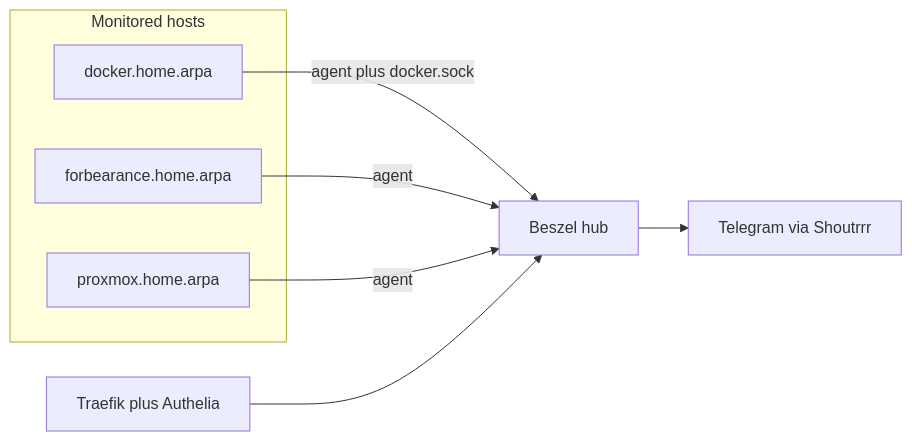
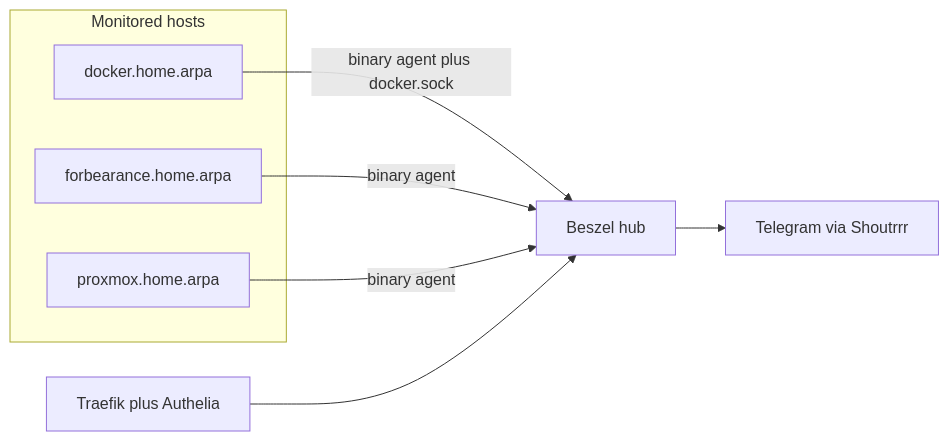
Before and after one commit to Enucatl/docker-beszel: the diagram in plan.md, drawn with Mermaid. The commit also changed other lines of this file and 5 other files, not shown here.

First line of the commit message:
Align hub-only stack and FreeIPA beszel agent identity.

````diff
--- a/plan.md
+++ b/plan.md
@@ -33,16 +33,16 @@
 ```mermaid
 flowchart LR
   subgraph hosts [Monitored hosts]
     dockerHost[docker.home.arpa]
     forbearance[forbearance.home.arpa]
     proxmox[proxmox.home.arpa]
   end
   hub[Beszel hub]
   ui[Traefik plus Authelia]
   tg[Telegram via Shoutrrr]
-  dockerHost -->|agent plus docker.sock| hub
-  forbearance -->|agent| hub
-  proxmox -->|agent| hub
+  dockerHost -->|binary agent plus docker.sock| hub
+  forbearance -->|binary agent| hub
+  proxmox -->|binary agent| hub
   ui --> hub
   hub --> tg
 ```
````
